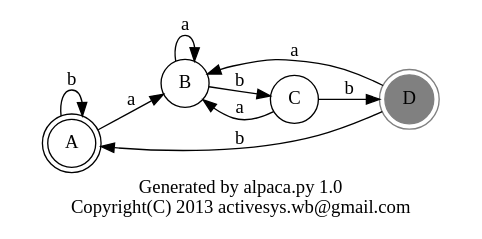
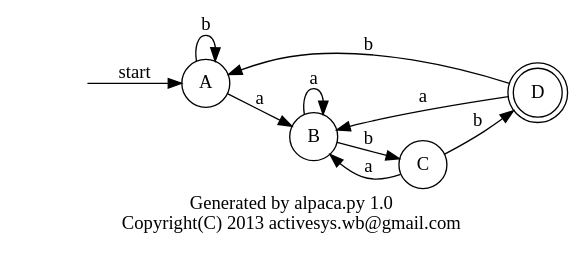
One commit to activesys/alpaca-llama changed the diagram in doc/sample.gv. Above: the diagram before and after it, drawn with Graphviz. The commit also changed 1 other file, not shown here.

```diff
--- a/doc/sample.gv
+++ b/doc/sample.gv
@@ -1,14 +1,15 @@
 digraph sample {
     graph [rankdir = LR, label = "Generated by alpaca.py 1.0\n Copyright(C) 2013 activesys.wb@gmail.com"];
     node [shape = circle];
-    A [shape = doublecircle];
-    D [shape = doublecircle, style = filled, color = gray];
+    start [shape = plaintext, label = ""];
+    D [shape = doublecircle];
+    start -> A [label = "start"];
     A -> A [label = "b"];
     A -> B [label = "a"];
     B -> B [label = "a"];
     B -> C [label = "b"];
     C -> B [label = "a"];
     C -> D [label = "b"];
     D -> B [label = "a"];
     D -> A [label = "b"];
 }
```
